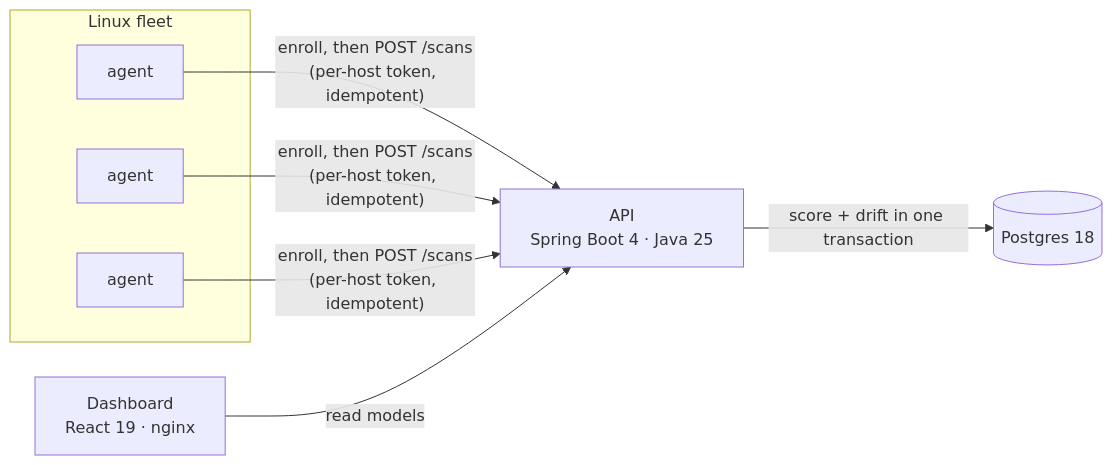
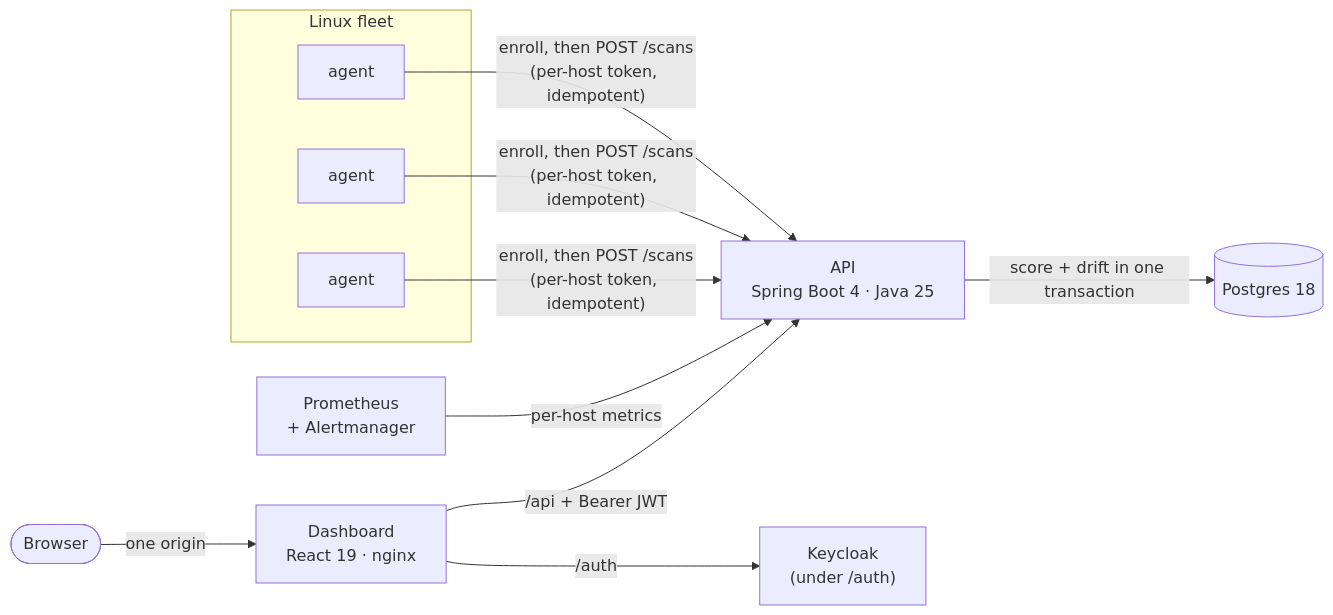
The diagram in README.md (TahaUsama210/driftwatch), drawn with Mermaid before and after one commit. The commit also changed other lines of this file and 6 other files, not shown here.

````diff
--- a/README.md
+++ b/README.md
@@ -62,15 +76,21 @@
 ```mermaid
 flowchart LR
     subgraph Fleet["Linux fleet"]
         A1["agent"]
         A2["agent"]
         A3["agent"]
     end
+    Browser(["Browser"])
+    WEB["Dashboard<br/>React 19 · nginx"]
+    KC["Keycloak<br/>(under /auth)"]
     API["API<br/>Spring Boot 4 · Java 25"]
     DB[("Postgres 18")]
-    WEB["Dashboard<br/>React 19 · nginx"]
+    PROM["Prometheus<br/>+ Alertmanager"]
 
     A1 & A2 & A3 -- "enroll, then POST /scans<br/>(per-host token, idempotent)" --> API
+    Browser -- "one origin" --> WEB
+    WEB -- "/auth" --> KC
+    WEB -- "/api + Bearer JWT" --> API
     API -- "score + drift in one transaction" --> DB
-    WEB -- "read models" --> API
+    PROM -- "per-host metrics" --> API
 ```
````
